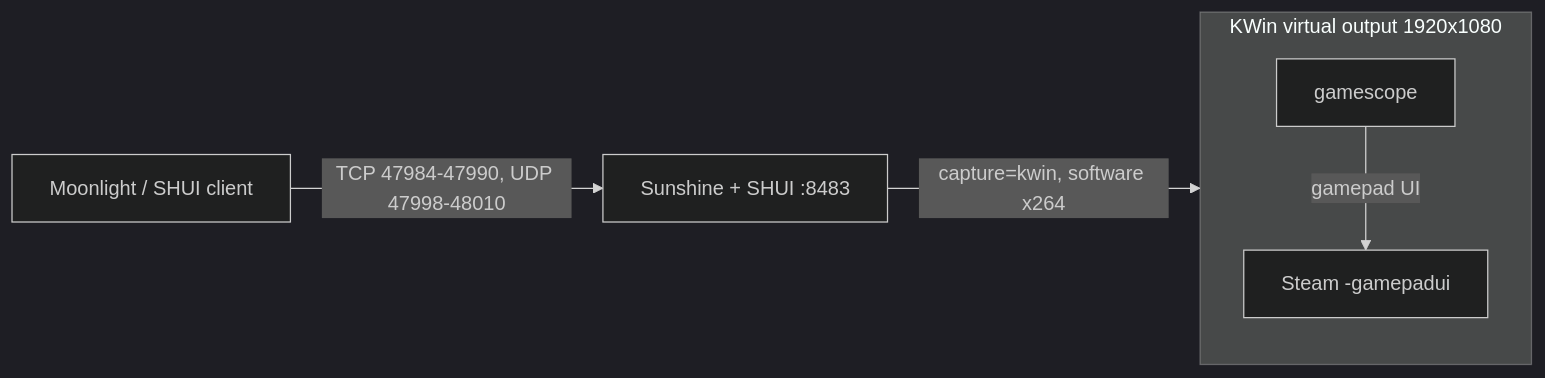
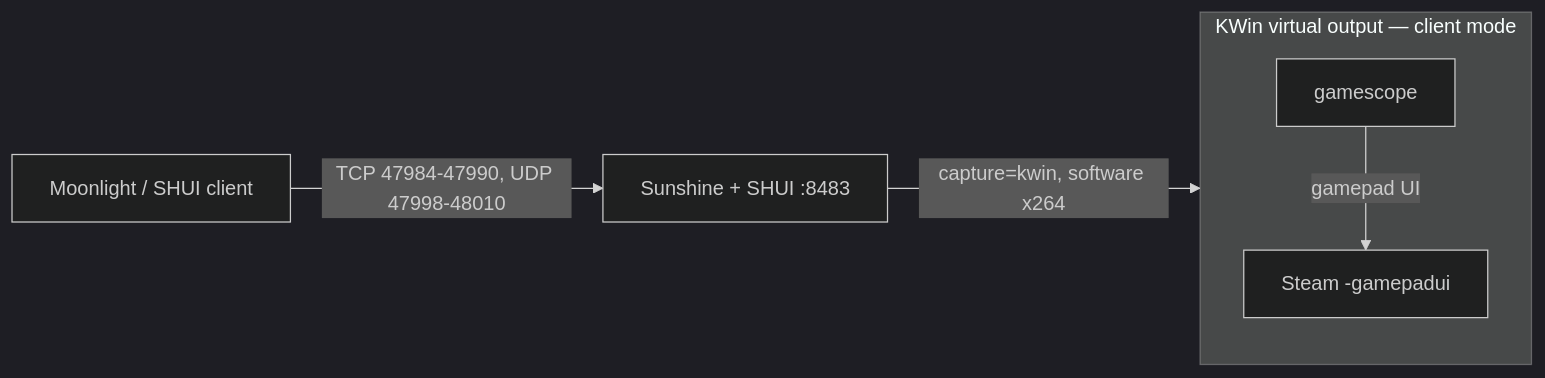
One commit to Naster17/bc250-sh2 changed the first of 2 diagrams in README.md. Above: the diagram before and after it, drawn with Mermaid (dark theme). The commit also changed other lines of this file and 13 other files, not shown here.

First line of the commit message:
feat(display): apply Moonlight client mode to KWin and gamescope

````diff
--- a/README.md
+++ b/README.md
@@ -10,8 +10,8 @@
 ```mermaid
 flowchart LR
     C[Moonlight / SHUI client] -->|TCP 47984-47990, UDP 47998-48010| S[Sunshine + SHUI :8483]
     S -->|capture=kwin, software x264| K
-    subgraph K[KWin virtual output 1920x1080]
+    subgraph K[KWin virtual output — client mode]
         G[gamescope] -->|gamepad UI| ST[Steam -gamepadui]
     end
 ```
````
